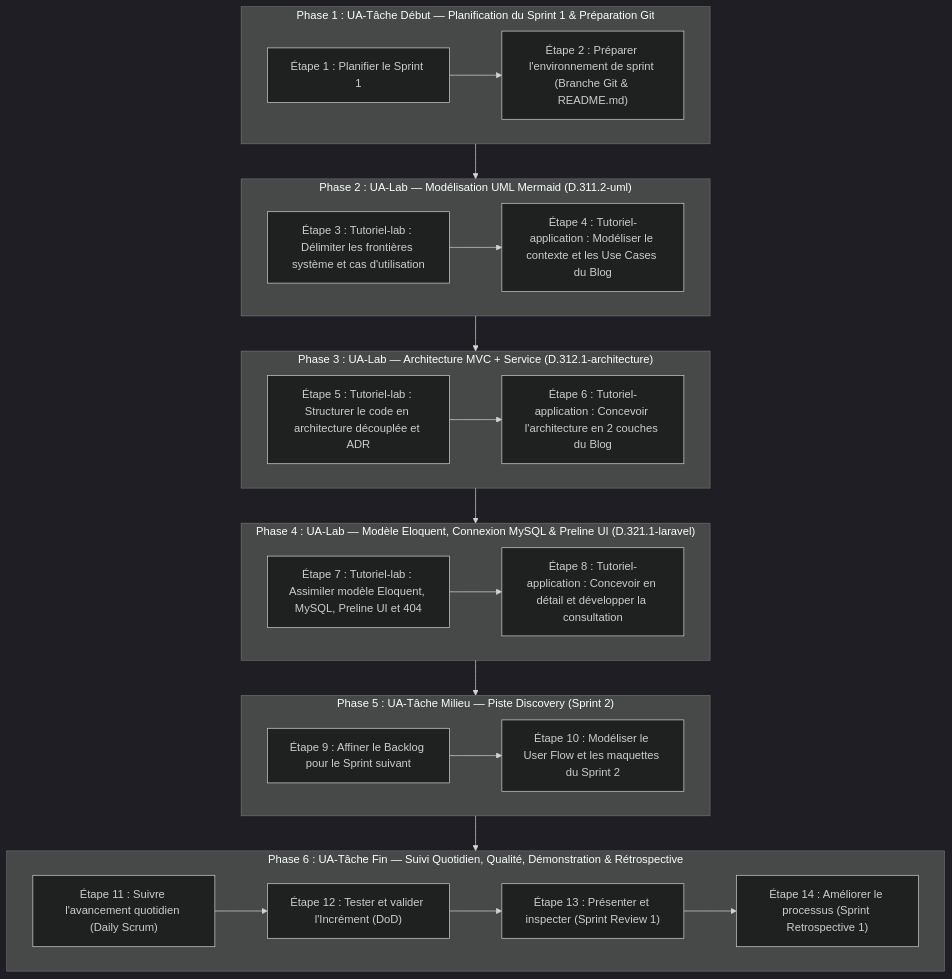
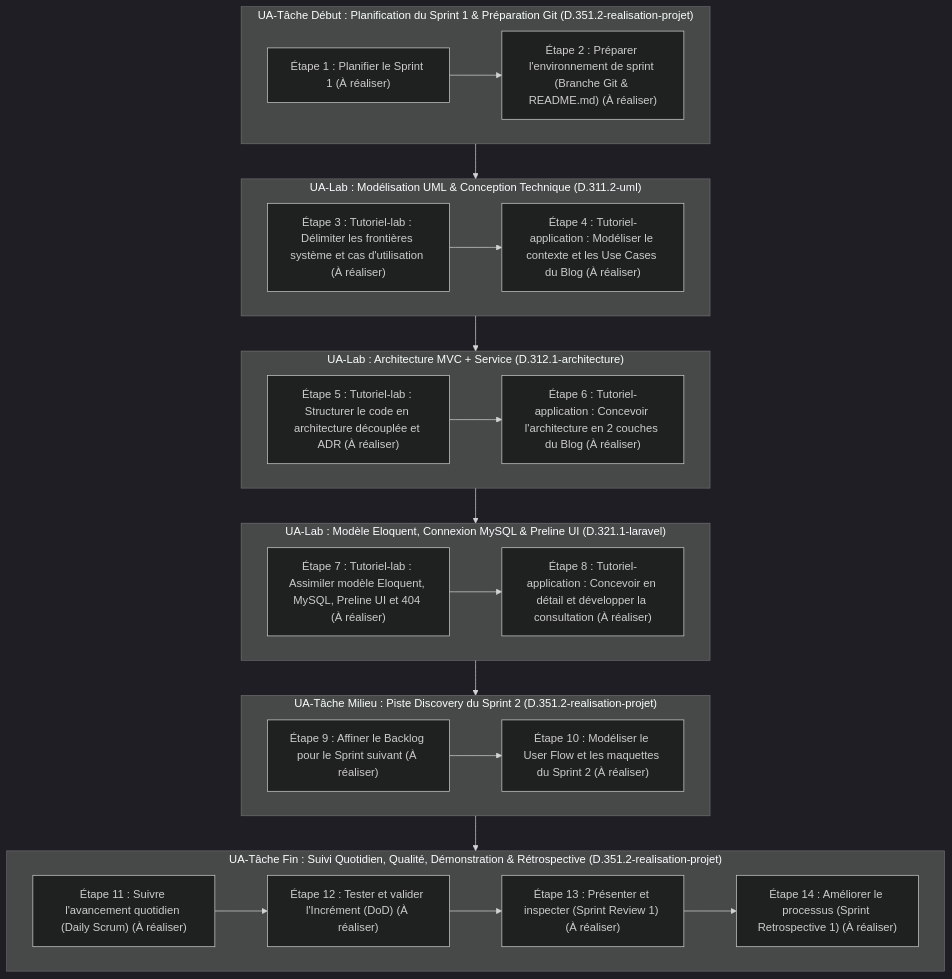
One commit to labs-web/projet-imiation-n3 changed the diagram in flux-travail/sessions/flux-travail-s1.md. Above: the diagram before and after it, drawn with Mermaid (dark theme). The commit also changed other lines of this file and 8 other files, not shown here.

````diff
--- a/flux-travail/sessions/flux-travail-s1.md
+++ b/flux-travail/sessions/flux-travail-s1.md
@@ -42,42 +69,42 @@
 ```mermaid
 flowchart TD
-    subgraph P1 ["Phase 1 : UA-Tâche Début — Planification du Sprint 1 & Préparation Git"]
-        E1["Étape 1 : Planifier le Sprint 1"]
-        E2["Étape 2 : Préparer l'environnement de sprint (Branche Git & README.md)"]
+    subgraph UA1 ["UA-Tâche Début : Planification du Sprint 1 & Préparation Git (D.351.2-realisation-projet)"]
+        E1["Étape 1 : Planifier le Sprint 1 (À réaliser)"]
+        E2["Étape 2 : Préparer l'environnement de sprint (Branche Git & README.md) (À réaliser)"]
         E1 --> E2
     end
 
-    subgraph P2 ["Phase 2 : UA-Lab — Modélisation UML Mermaid (D.311.2-uml)"]
-        E3["Étape 3 : Tutoriel-lab : Délimiter les frontières système et cas d'utilisation"]
-        E4["Étape 4 : Tutoriel-application : Modéliser le contexte et les Use Cases du Blog"]
+    subgraph UA2 ["UA-Lab : Modélisation UML & Conception Technique (D.311.2-uml)"]
+        E3["Étape 3 : Tutoriel-lab : Délimiter les frontières système et cas d'utilisation (À réaliser)"]
+        E4["Étape 4 : Tutoriel-application : Modéliser le contexte et les Use Cases du Blog (À réaliser)"]
         E3 --> E4
     end
 
-    subgraph P3 ["Phase 3 : UA-Lab — Architecture MVC + Service (D.312.1-architecture)"]
-        E5["Étape 5 : Tutoriel-lab : Structurer le code en architecture découplée et ADR"]
-        E6["Étape 6 : Tutoriel-application : Concevoir l'architecture en 2 couches du Blog"]
+    subgraph UA3 ["UA-Lab : Architecture MVC + Service (D.312.1-architecture)"]
+        E5["Étape 5 : Tutoriel-lab : Structurer le code en architecture découplée et ADR (À réaliser)"]
+        E6["Étape 6 : Tutoriel-application : Concevoir l'architecture en 2 couches du Blog (À réaliser)"]
         E5 --> E6
     end
 
-    subgraph P4 ["Phase 4 : UA-Lab — Modèle Eloquent, Connexion MySQL & Preline UI (D.321.1-laravel)"]
-        E7["Étape 7 : Tutoriel-lab : Assimiler modèle Eloquent, MySQL, Preline UI et 404"]
-        E8["Étape 8 : Tutoriel-application : Concevoir en détail et développer la consultation"]
+    subgraph UA4 ["UA-Lab : Modèle Eloquent, Connexion MySQL & Preline UI (D.321.1-laravel)"]
+        E7["Étape 7 : Tutoriel-lab : Assimiler modèle Eloquent, MySQL, Preline UI et 404 (À réaliser)"]
+        E8["Étape 8 : Tutoriel-application : Concevoir en détail et développer la consultation (À réaliser)"]
         E7 --> E8
     end
 
-    subgraph P5 ["Phase 5 : UA-Tâche Milieu — Piste Discovery (Sprint 2)"]
-        E9["Étape 9 : Affiner le Backlog pour le Sprint suivant"]
-        E10["Étape 10 : Modéliser le User Flow et les maquettes du Sprint 2"]
+    subgraph UA5 ["UA-Tâche Milieu : Piste Discovery du Sprint 2 (D.351.2-realisation-projet)"]
+        E9["Étape 9 : Affiner le Backlog pour le Sprint suivant (À réaliser)"]
+        E10["Étape 10 : Modéliser le User Flow et les maquettes du Sprint 2 (À réaliser)"]
         E9 --> E10
     end
 
-    subgraph P6 ["Phase 6 : UA-Tâche Fin — Suivi Quotidien, Qualité, Démonstration & Rétrospective"]
-        E11["Étape 11 : Suivre l'avancement quotidien (Daily Scrum)"]
-        E12["Étape 12 : Tester et valider l'Incrément (DoD)"]
-        E13["Étape 13 : Présenter et inspecter (Sprint Review 1)"]
-        E14["Étape 14 : Améliorer le processus (Sprint Retrospective 1)"]
+    subgraph UA6 ["UA-Tâche Fin : Suivi Quotidien, Qualité, Démonstration & Rétrospective (D.351.2-realisation-projet)"]
+        E11["Étape 11 : Suivre l'avancement quotidien (Daily Scrum) (À réaliser)"]
+        E12["Étape 12 : Tester et valider l'Incrément (DoD) (À réaliser)"]
+        E13["Étape 13 : Présenter et inspecter (Sprint Review 1) (À réaliser)"]
+        E14["Étape 14 : Améliorer le processus (Sprint Retrospective 1) (À réaliser)"]
         E11 --> E12 --> E13 --> E14
     end
 
-    P1 --> P2 --> P3 --> P4 --> P5 --> P6
+    UA1 --> UA2 --> UA3 --> UA4 --> UA5 --> UA6
 ```
````
